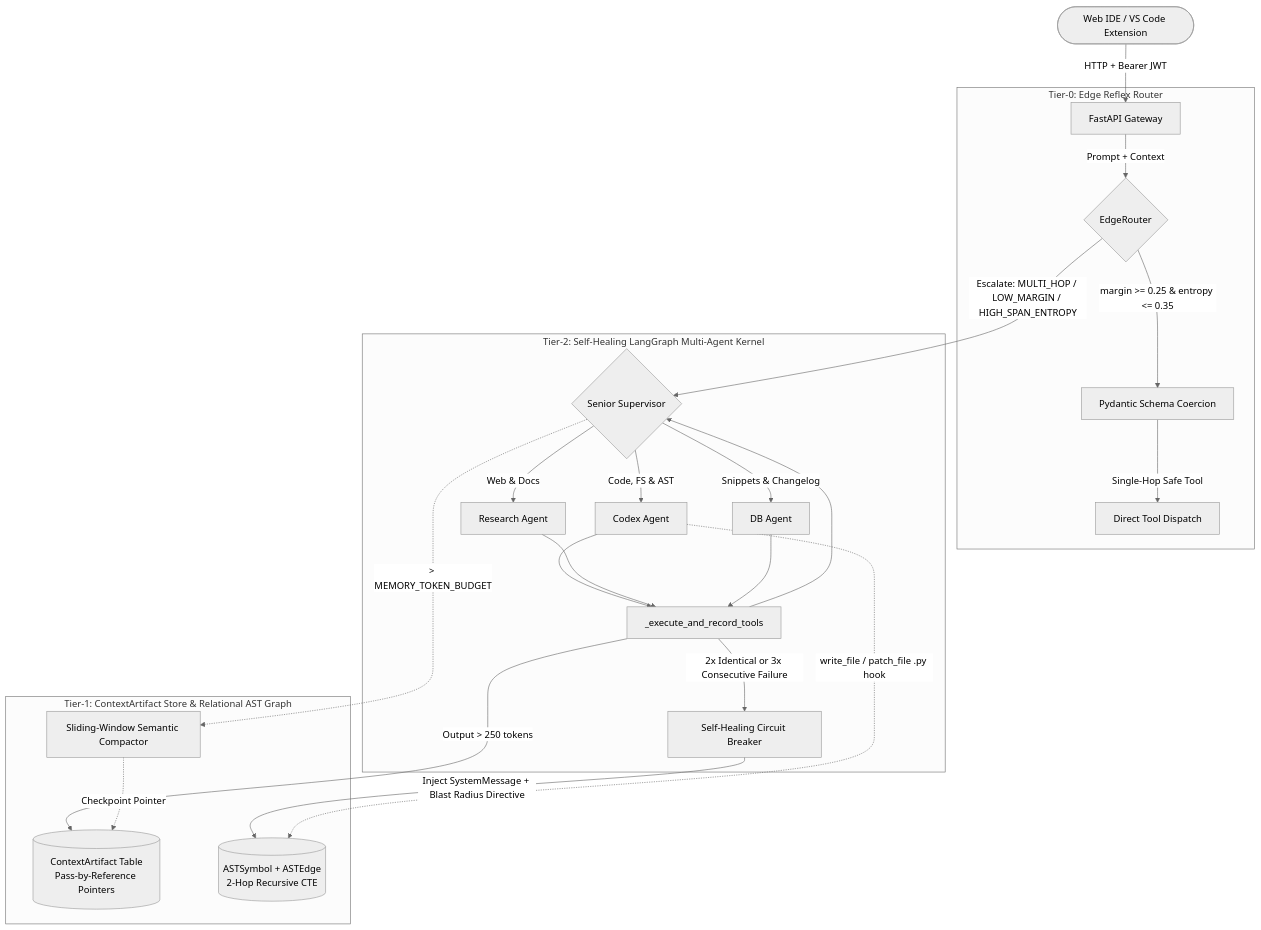
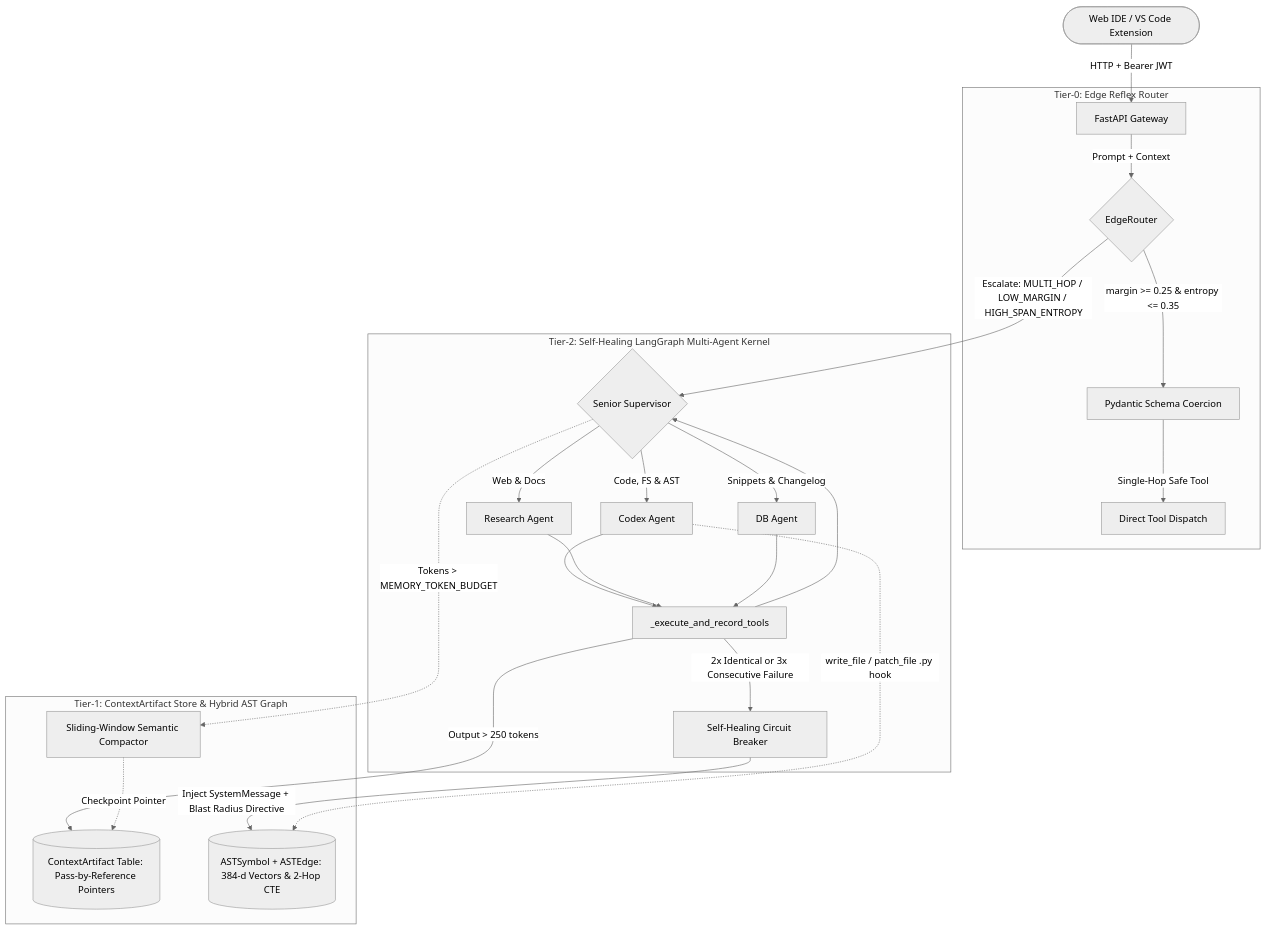
Before and after one commit to Abhiram-Mukkamala/AgentOS: the diagram in agentos-v2/README.md, drawn with Mermaid (neutral theme). The commit also changed 1 other file, not shown here.

Commit message:
docs: visualize end-to-end Tier-0 to Tier-2 runtime process with Mermaid flowcharts

````diff
--- a/agentos-v2/README.md
+++ b/agentos-v2/README.md
@@ -18,36 +18,36 @@
 ```mermaid
 flowchart TB
-    User([Web IDE / VS Code Extension]) -->|HTTP + Bearer JWT| API[FastAPI Gateway]
+    User(["Web IDE / VS Code Extension"]) -->|"HTTP + Bearer JWT"| API["FastAPI Gateway"]
 
-    subgraph Tier0 [Tier-0: Edge Reflex Router]
-        API -->|Prompt + Context| Edge{EdgeRouter}
-        Edge -->|margin >= 0.25 & entropy <= 0.35| SchemaGate[Pydantic Schema Coercion]
-        SchemaGate -->|Single-Hop Safe Tool| FastExec[Direct Tool Dispatch]
+    subgraph Tier0["Tier-0: Edge Reflex Router"]
+        API -->|"Prompt + Context"| Edge{"EdgeRouter"}
+        Edge -->|"margin >= 0.25 & entropy <= 0.35"| SchemaGate["Pydantic Schema Coercion"]
+        SchemaGate -->|"Single-Hop Safe Tool"| FastExec["Direct Tool Dispatch"]
     end
 
-    subgraph Tier1 [Tier-1: ContextArtifact Store & Relational AST Graph]
-        ArtStore[(ContextArtifact Table\nPass-by-Reference Pointers)]
-        ASTGraph[(ASTSymbol + ASTEdge\n2-Hop Recursive CTE)]
-        Compactor[Sliding-Window Semantic Compactor]
+    subgraph Tier1["Tier-1: ContextArtifact Store & Hybrid AST Graph"]
+        ArtStore[("ContextArtifact Table: Pass-by-Reference Pointers")]
+        ASTGraph[("ASTSymbol + ASTEdge: 384-d Vectors & 2-Hop CTE")]
+        Compactor["Sliding-Window Semantic Compactor"]
     end
 
-    subgraph Tier2 [Tier-2: Self-Healing LangGraph Multi-Agent Kernel]
-        Edge -->|Escalate: MULTI_HOP / LOW_MARGIN / HIGH_SPAN_ENTROPY| Supervisor{Senior Supervisor}
-        Supervisor -->|Code, FS & AST| Codex[Codex Agent]
-        Supervisor -->|Web & Docs| Research[Research Agent]
-        Supervisor -->|Snippets & Changelog| DBAgent[DB Agent]
+    subgraph Tier2["Tier-2: Self-Healing LangGraph Multi-Agent Kernel"]
+        Edge -->|"Escalate: MULTI_HOP / LOW_MARGIN / HIGH_SPAN_ENTROPY"| Supervisor{"Senior Supervisor"}
+        Supervisor -->|"Code, FS & AST"| Codex["Codex Agent"]
+        Supervisor -->|"Web & Docs"| Research["Research Agent"]
+        Supervisor -->|"Snippets & Changelog"| DBAgent["DB Agent"]
 
-        Codex --> Dispatcher[_execute_and_record_tools]
+        Codex --> Dispatcher["_execute_and_record_tools"]
         Research --> Dispatcher
         DBAgent --> Dispatcher
 
-        Dispatcher -->|Output > 250 tokens| ArtStore
-        Dispatcher -->|2x Identical or 3x Consecutive Failure| Breaker[Self-Healing Circuit Breaker]
-        Breaker -->|Inject SystemMessage + Blast Radius Directive| ASTGraph
+        Dispatcher -->|"Output > 250 tokens"| ArtStore
+        Dispatcher -->|"2x Identical or 3x Consecutive Failure"| Breaker["Self-Healing Circuit Breaker"]
+        Breaker -->|"Inject SystemMessage + Blast Radius Directive"| ASTGraph
         Dispatcher --> Supervisor
     end
 
-    Codex -.->|write_file / patch_file .py hook| ASTGraph
-    Supervisor -.->|> MEMORY_TOKEN_BUDGET| Compactor
-    Compactor -.->|Checkpoint Pointer| ArtStore
+    Codex -.->|"write_file / patch_file .py hook"| ASTGraph
+    Supervisor -.->|"Tokens > MEMORY_TOKEN_BUDGET"| Compactor
+    Compactor -.->|"Checkpoint Pointer"| ArtStore
 ```
````
